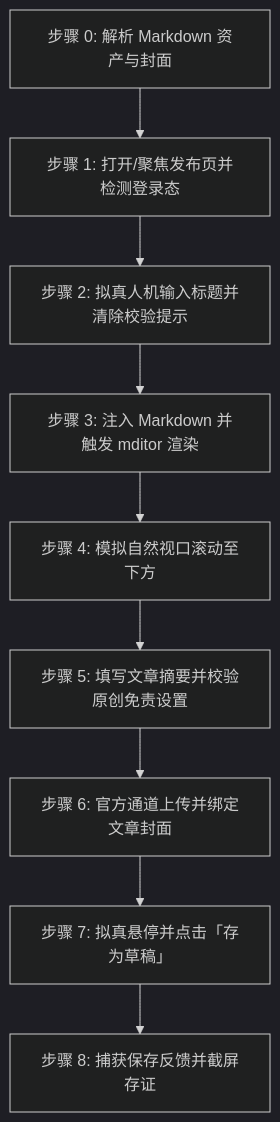
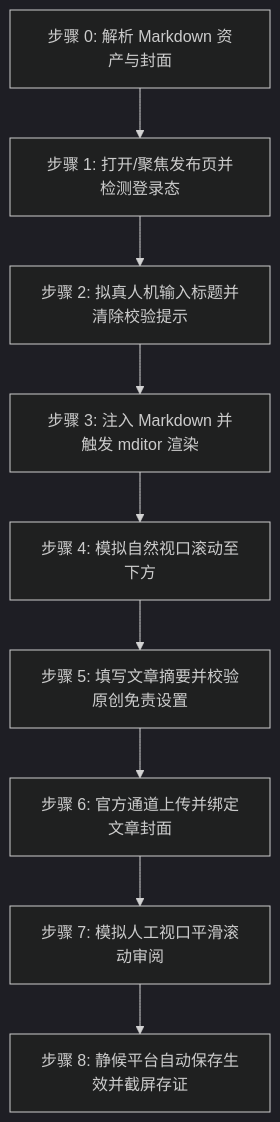
One commit to undsky/doudou-publish-skills changed the diagram in skills/doudou-aliyun/SKILL.md. Above: the diagram before and after it, drawn with Mermaid (dark theme). The commit also changed other lines of this file and 24 other files, not shown here.

````diff
--- a/skills/doudou-aliyun/SKILL.md
+++ b/skills/doudou-aliyun/SKILL.md
@@ -40,11 +41,11 @@
 ```mermaid
 flowchart TD
     S0[步骤 0: 解析 Markdown 资产与封面] --> S1[步骤 1: 打开/聚焦发布页并检测登录态]
     S1 --> S2[步骤 2: 拟真人机输入标题并清除校验提示]
     S2 --> S3[步骤 3: 注入 Markdown 并触发 mditor 渲染]
     S3 --> S4[步骤 4: 模拟自然视口滚动至下方]
     S4 --> S5[步骤 5: 填写文章摘要并校验原创免责设置]
     S5 --> S6[步骤 6: 官方通道上传并绑定文章封面]
-    S6 --> S7[步骤 7: 拟真悬停并点击「存为草稿」]
-    S7 --> S8[步骤 8: 捕获保存反馈并截屏存证]
+    S6 --> S7[步骤 7: 模拟人工视口平滑滚动审阅]
+    S7 --> S8[步骤 8: 静候平台自动保存生效并截屏存证]
 ```
````
